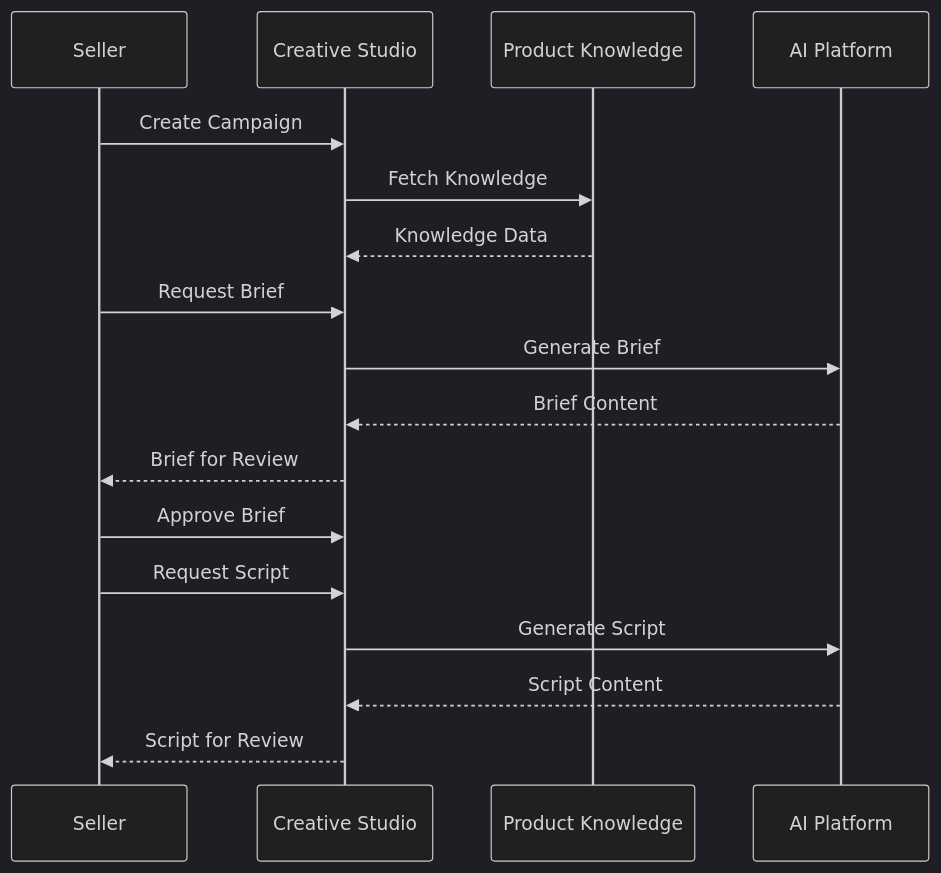
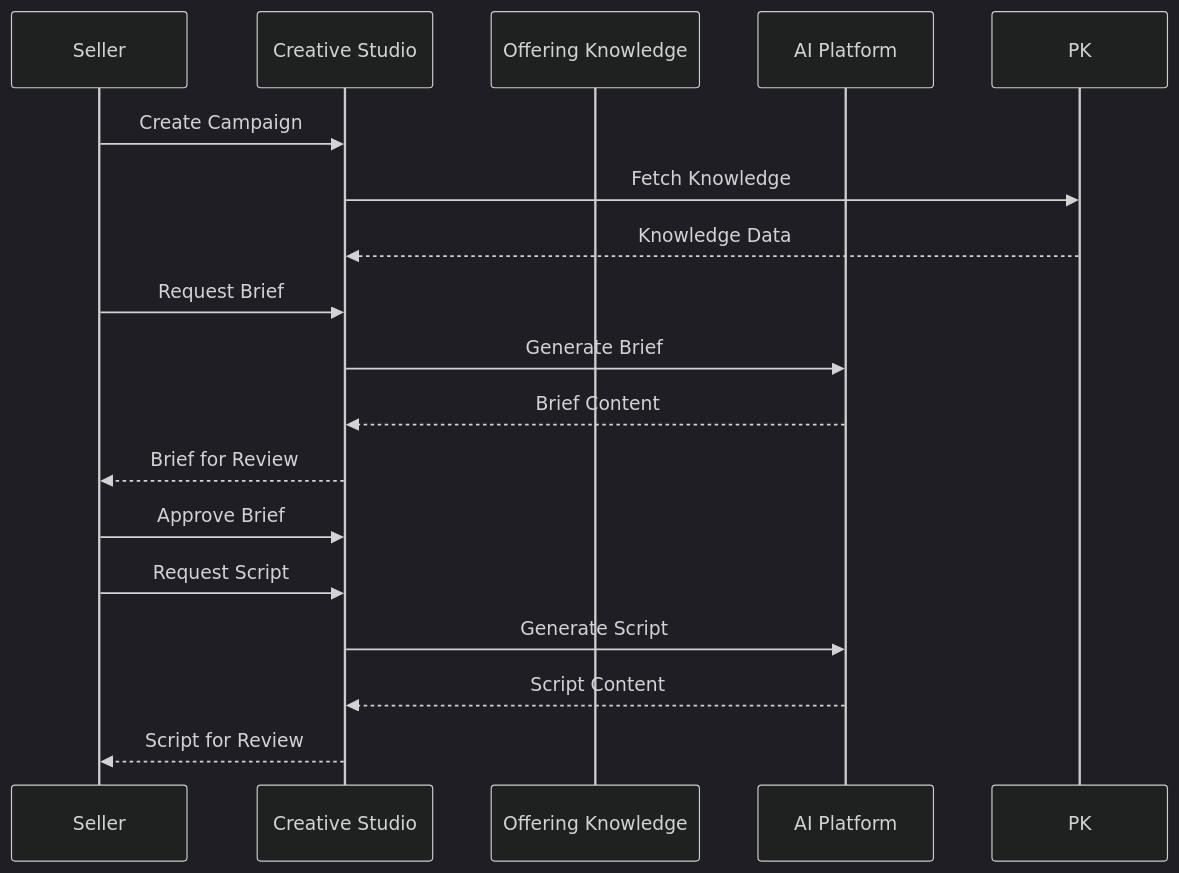
One commit to petkao/pinkcurve-blueprint changed the third of 3 diagrams in docs/05-creative-studio.md. Above: the diagram before and after it, drawn with Mermaid (dark theme). The commit also changed other lines of this file and 18 other files, not shown here.

Commit message:
Blueprint v0.2: Establish offering-centric visual discovery architecture

````diff
--- a/docs/05-creative-studio.md
+++ b/docs/05-creative-studio.md
@@ -216,20 +216,20 @@
 ```mermaid
 sequenceDiagram
     participant S as Seller
     participant CS as Creative Studio
-    participant PK as Product Knowledge
+    participant OK as Offering Knowledge
     participant AI as AI Platform
 
     S->>CS: Create Campaign
     CS->>PK: Fetch Knowledge
     PK-->>CS: Knowledge Data
     S->>CS: Request Brief
     CS->>AI: Generate Brief
     AI-->>CS: Brief Content
     CS-->>S: Brief for Review
     S->>CS: Approve Brief
     S->>CS: Request Script
     CS->>AI: Generate Script
     AI-->>CS: Script Content
     CS-->>S: Script for Review
 ```
````
